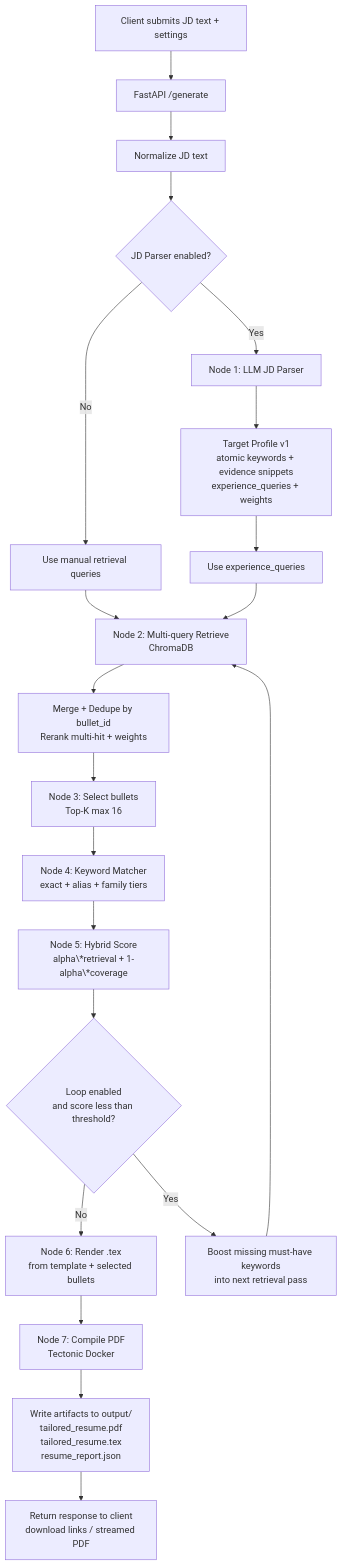
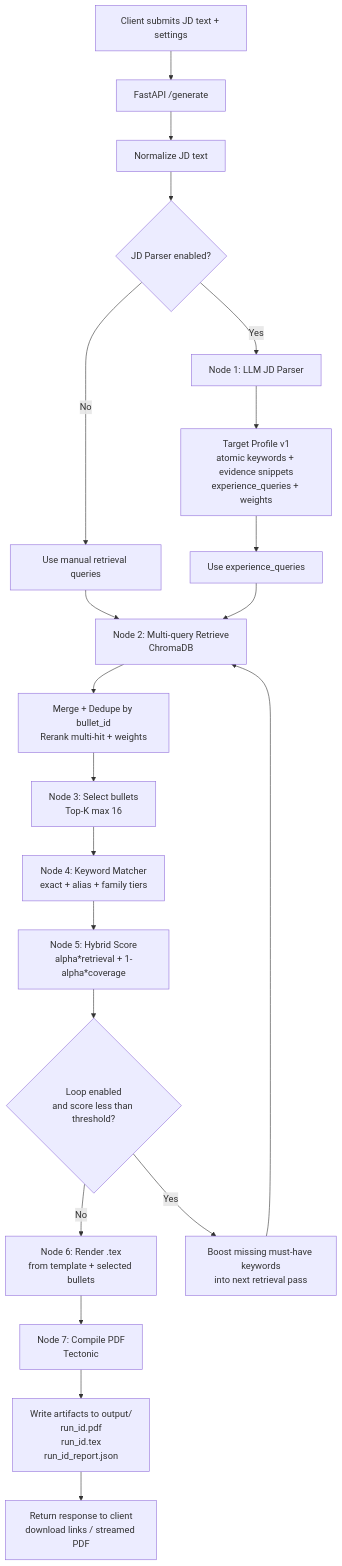
The diagram in README.md (pinkpig777/agentic-resume-tailor), drawn with Mermaid before and after one commit. The commit also changed other lines of this file and 1 other file, not shown here.

````diff
--- a/README.md
+++ b/README.md
@@ -186,28 +328,28 @@
 ```mermaid
 flowchart TD
   A[Client submits JD text + settings] --> B[FastAPI /generate]
   B --> C[Normalize JD text]
 
   C --> D{JD Parser enabled?}
   D -- No --> Q0[Use manual retrieval queries]
   D -- Yes --> E[Node 1: LLM JD Parser]
   E --> E1[Target Profile v1<br/>atomic keywords + evidence snippets<br/>experience_queries + weights]
   E1 --> Q1[Use experience_queries]
 
   Q0 --> F[Node 2: Multi-query Retrieve<br/>ChromaDB]
   Q1 --> F
 
   F --> G[Merge + Dedupe by bullet_id<br/>Rerank multi-hit + weights]
   G --> H[Node 3: Select bullets<br/>Top-K max 16]
   H --> I[Node 4: Keyword Matcher<br/>exact + alias + family tiers]
-  I --> J[Node 5: Hybrid Score<br/>alpha\*retrieval + 1-alpha\*coverage]
+  I --> J[Node 5: Hybrid Score<br/>alpha*retrieval + 1-alpha*coverage]
 
   J --> K{Loop enabled<br/>and score less than threshold?}
   K -- No --> L[Node 6: Render .tex<br/>from template + selected bullets]
   K -- Yes --> M[Boost missing must-have keywords<br/>into next retrieval pass]
   M --> F
 
-  L --> N[Node 7: Compile PDF<br/>Tectonic Docker]
-  N --> O[Write artifacts to output/<br/>tailored_resume.pdf<br/>tailored_resume.tex<br/>resume_report.json]
+  L --> N[Node 7: Compile PDF<br/>Tectonic]
+  N --> O[Write artifacts to output/<br/>run_id.pdf<br/>run_id.tex<br/>run_id_report.json]
   O --> P[Return response to client<br/>download links / streamed PDF]
 ```
````
